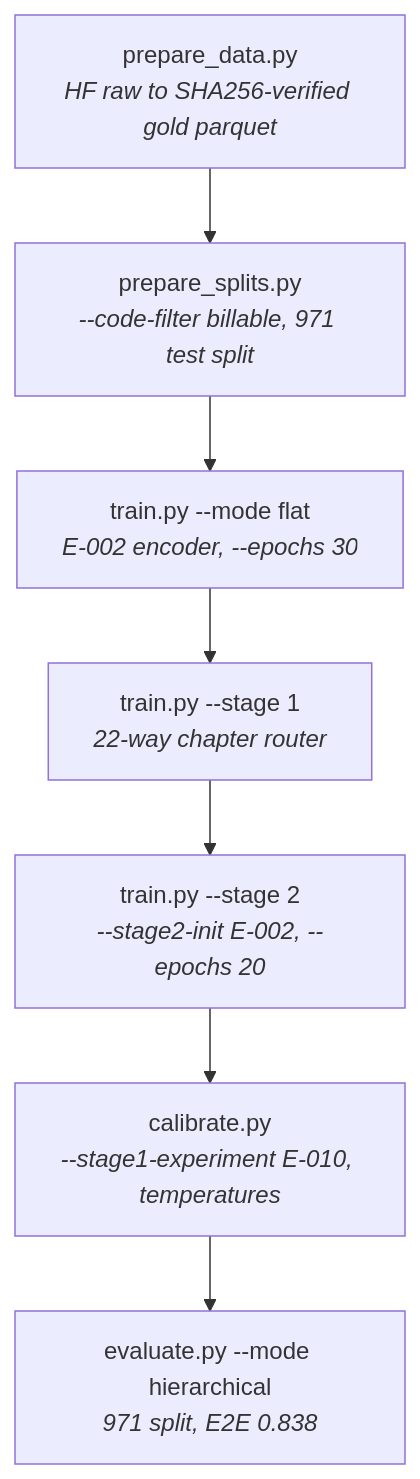
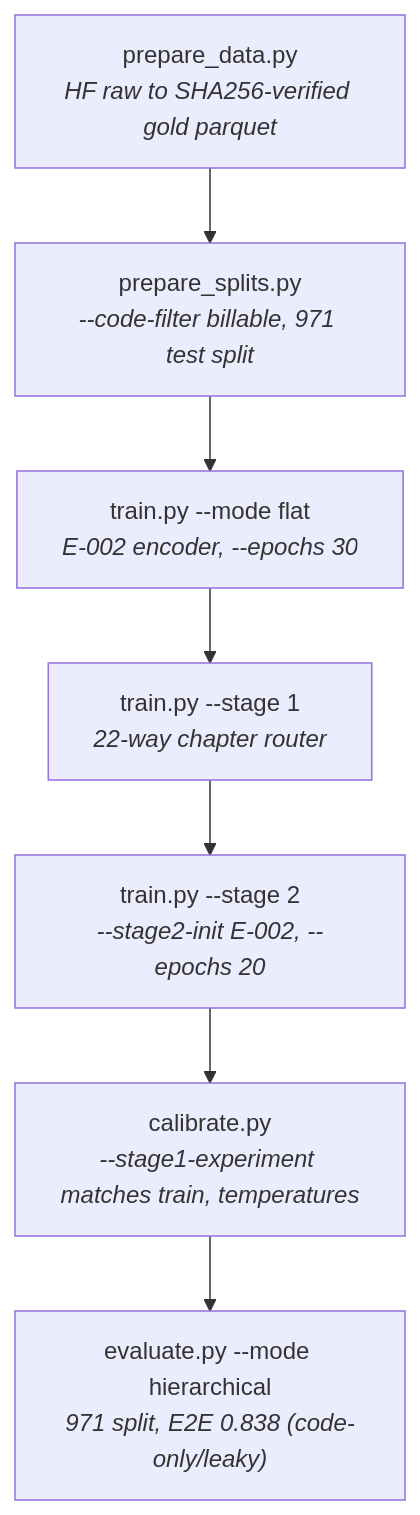
The second of 2 diagrams in README.md (Sidney-Bishop/notes-to-icd10), drawn with Mermaid before and after one commit. The commit also changed other lines of this file, not shown here.

Commit message:
docs: README — present the two end-to-end runs honestly: code-only redaction (E-009) E2E 0.849 vs code+description redaction (E-016) E2E 0.567; 28.2pp gap is diagnosis-description leakage. Retire E-010/83.9% drift from headline

````diff
--- a/README.md
+++ b/README.md
@@ -362,11 +415,11 @@
 ```mermaid
 flowchart TD
     A["prepare_data.py<br/><i>HF raw to SHA256-verified gold parquet</i>"]
     B["prepare_splits.py<br/><i>--code-filter billable, 971 test split</i>"]
     C["train.py --mode flat<br/><i>E-002 encoder, --epochs 30</i>"]
     D["train.py --stage 1<br/><i>22-way chapter router</i>"]
     E["train.py --stage 2<br/><i>--stage2-init E-002, --epochs 20</i>"]
-    F["calibrate.py<br/><i>--stage1-experiment E-010, temperatures</i>"]
-    G["evaluate.py --mode hierarchical<br/><i>971 split, E2E 0.838</i>"]
+    F["calibrate.py<br/><i>--stage1-experiment matches train, temperatures</i>"]
+    G["evaluate.py --mode hierarchical<br/><i>971 split, E2E 0.838 (code-only/leaky)</i>"]
     A --> B --> C --> D --> E --> F --> G
 ```
````
